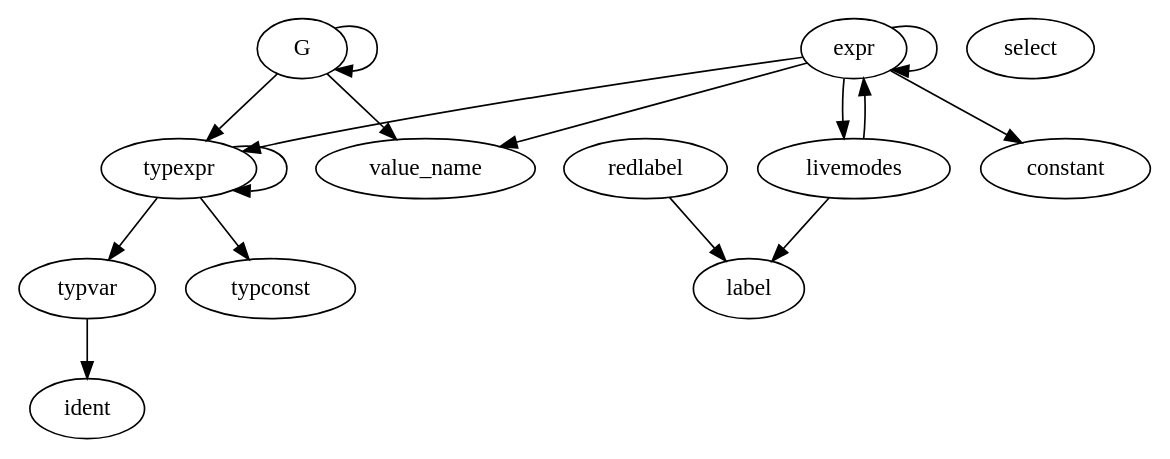
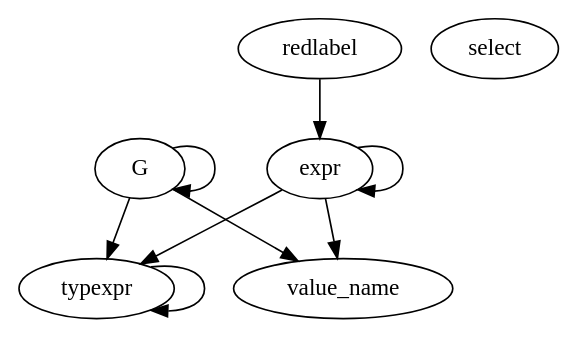
Before and after one commit to tk407/mocaml: the diagram in mconbaseDep.dot, drawn with Graphviz. The commit also changed 18 other files, not shown here.

```diff
--- a/mconbaseDep.dot
+++ b/mconbaseDep.dot
@@ -1,27 +1,16 @@
 digraph G {
  G;
 select;
 expr;
-livemodes;
 redlabel;
-constant;
 typexpr;
-typconst;
-typvar;
 
 G -> value_name;
 G -> G;
 G -> typexpr;
 expr -> value_name;
 expr -> expr;
-expr -> livemodes;
-expr -> constant;
 expr -> typexpr;
-livemodes -> label;
-livemodes -> expr;
-redlabel -> label;
+redlabel -> expr;
 typexpr -> typexpr;
-typexpr -> typconst;
-typexpr -> typvar;
-typvar -> ident;
 }
```
